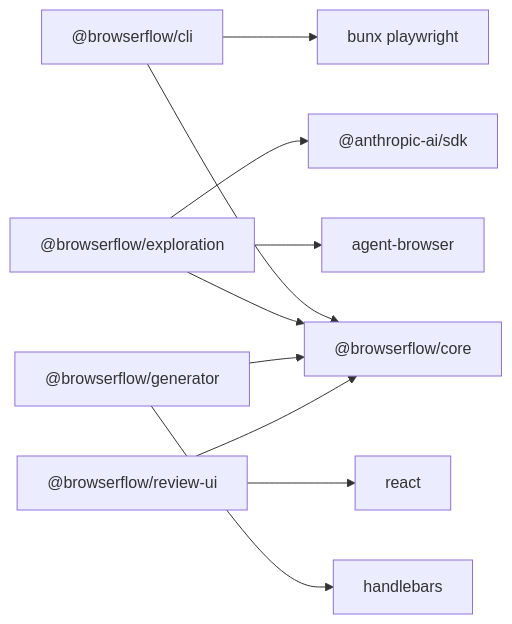
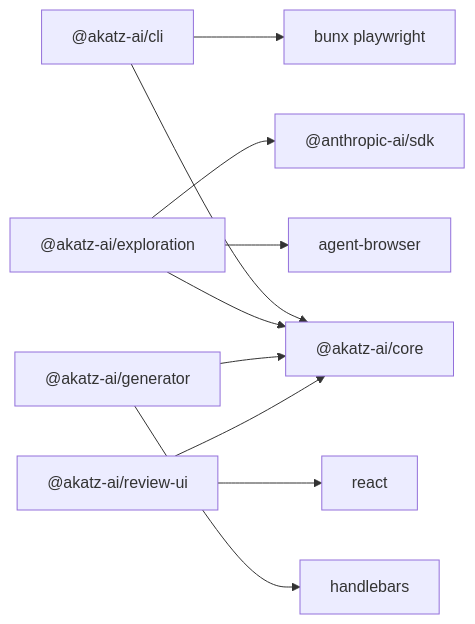
One commit to akatz-ai/browserflow changed the second of 8 diagrams in docs/audits/2026-01-19-architecture/ARCHITECTURE-REPORT.md. Above: the diagram before and after it, drawn with Mermaid. The commit also changed other lines of this file and 65 other files, not shown here.

Commit message:
refactor: rename packages from @browserflow/* to @akatz-ai/*

````diff
--- a/docs/audits/2026-01-19-architecture/ARCHITECTURE-REPORT.md
+++ b/docs/audits/2026-01-19-architecture/ARCHITECTURE-REPORT.md
@@ -62,13 +62,13 @@
 ```mermaid
 graph LR
-  cli["@browserflow/cli"] --> core["@browserflow/core"]
-  exploration["@browserflow/exploration"] --> core
-  generator["@browserflow/generator"] --> core
-  reviewUI["@browserflow/review-ui"] --> core
+  cli["@akatz-ai/cli"] --> core["@akatz-ai/core"]
+  exploration["@akatz-ai/exploration"] --> core
+  generator["@akatz-ai/generator"] --> core
+  reviewUI["@akatz-ai/review-ui"] --> core
 
   exploration --> agentBrowser["agent-browser"]
   exploration --> anthropic["@anthropic-ai/sdk"]
   cli --> playwright["bunx playwright"]
   generator --> handlebars["handlebars"]
   reviewUI --> react["react"]
 ```
````
